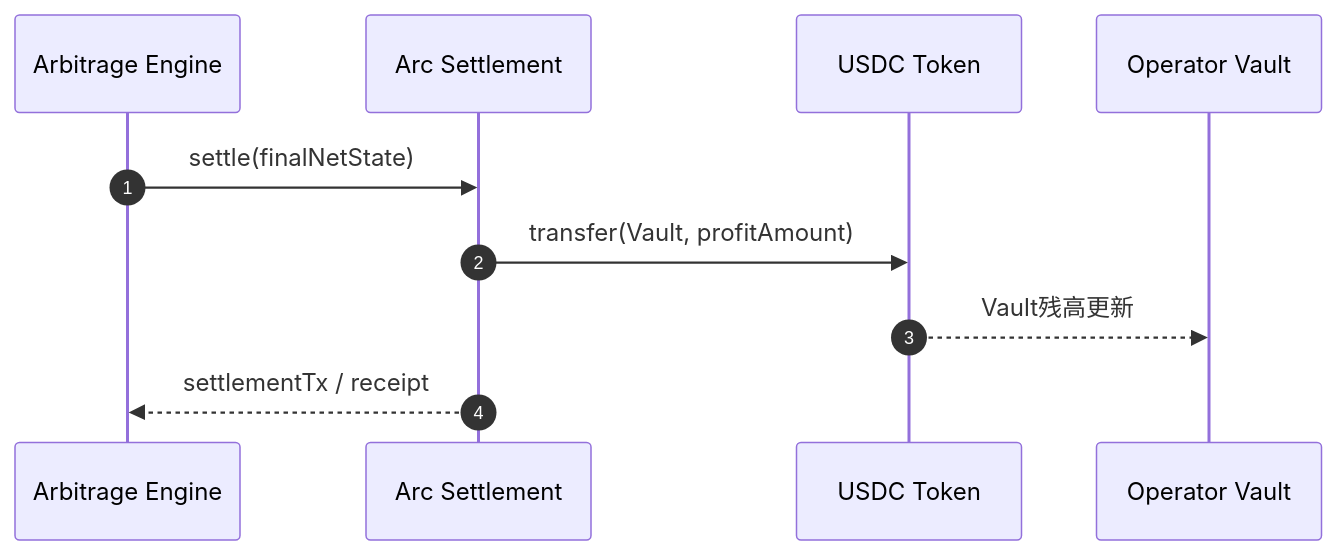
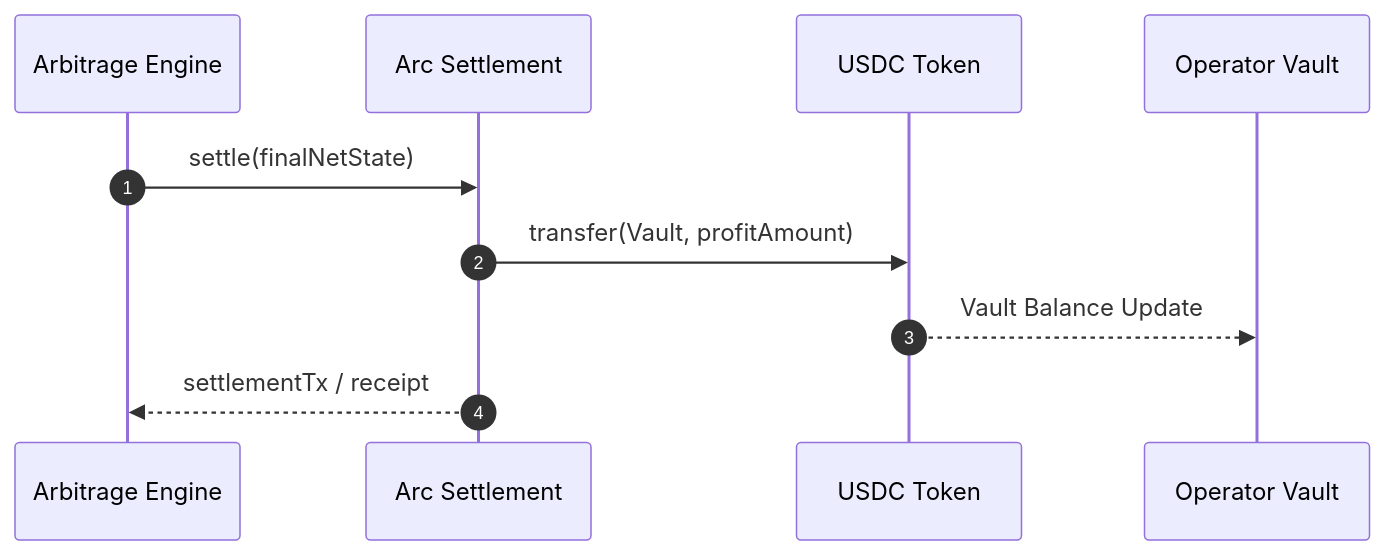
One commit to mashharuki/hack-money-2026 changed the tenth of 11 diagrams in README.md. Above: the diagram before and after it, drawn with Mermaid. The commit also changed other lines of this file and 4 other files, not shown here.

````diff
--- a/README.md
+++ b/README.md
@@ -532,13 +535,13 @@
 ```mermaid
 sequenceDiagram
   autonumber
   participant Engine as Arbitrage Engine
   participant Arc as Arc Settlement
   participant USDC as USDC Token
   participant Vault as Operator Vault
 
   Engine->>Arc: settle(finalNetState)
   Arc->>USDC: transfer(Vault, profitAmount)
-  USDC-->>Vault: Vault残高更新
+  USDC-->>Vault: Vault Balance Update
   Arc-->>Engine: settlementTx / receipt
 ```
````
